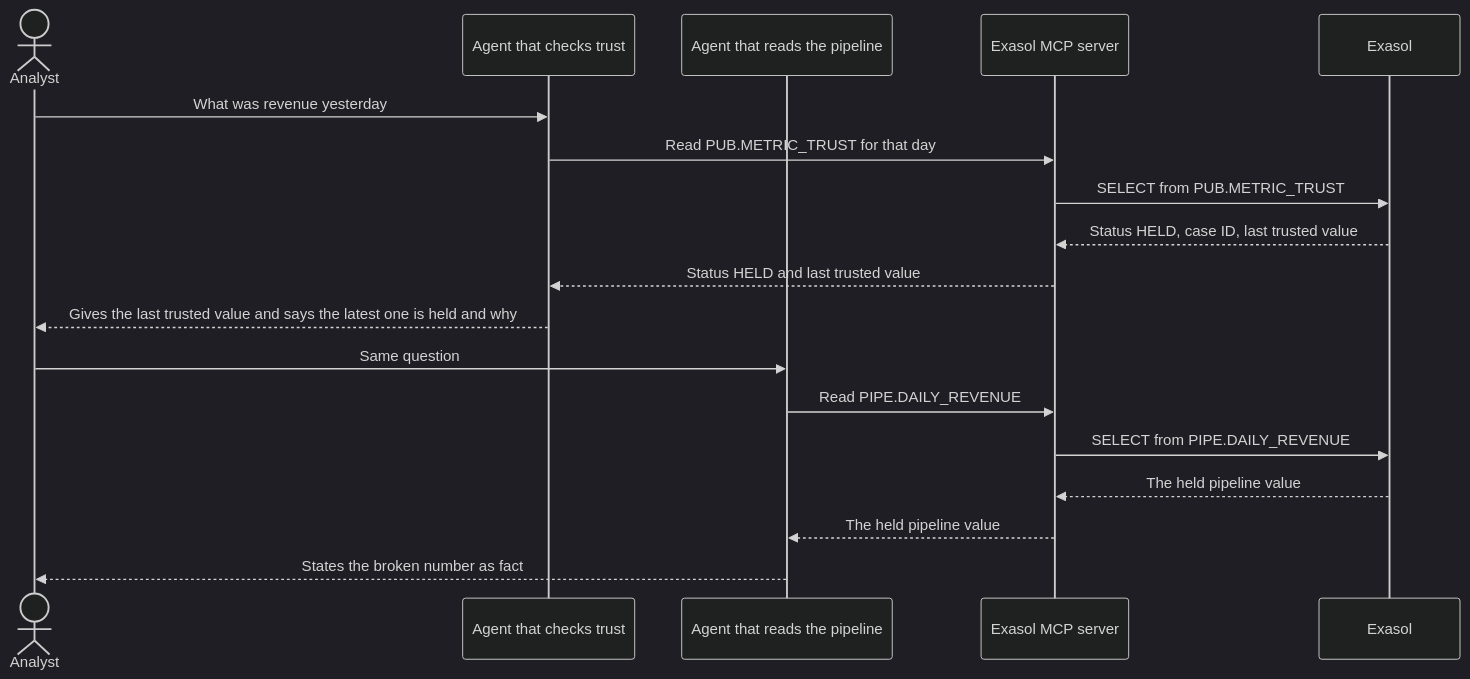
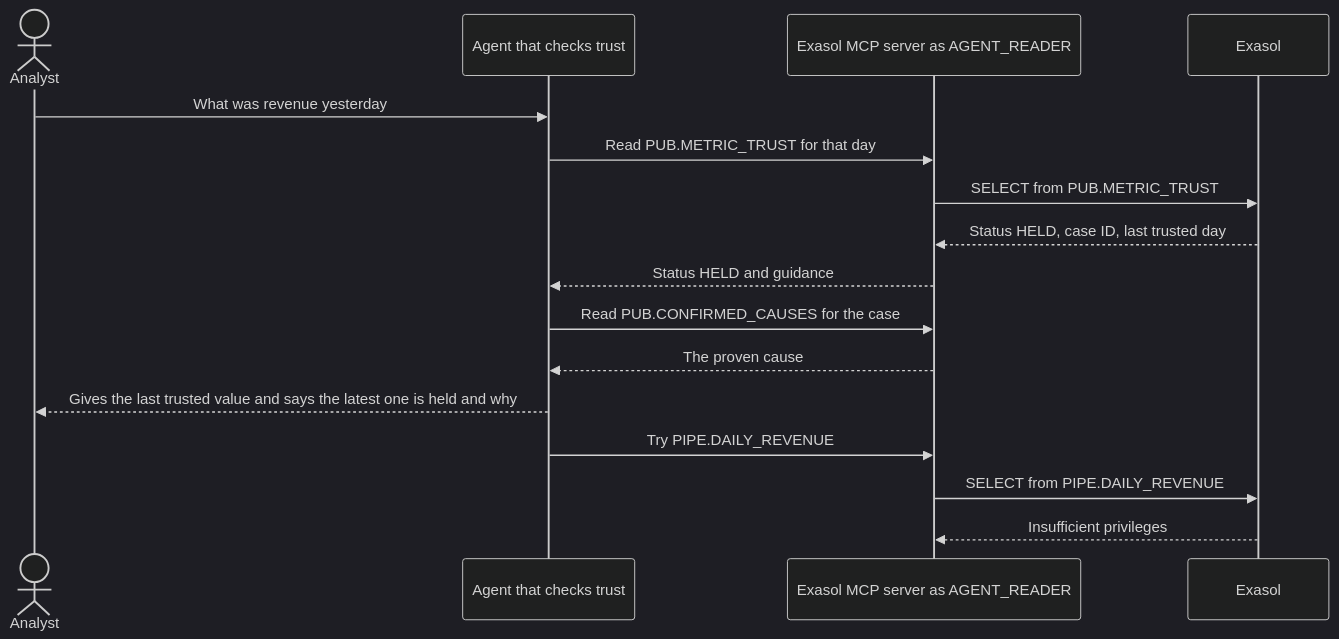
The fourth of 5 diagrams in README.md (AakashMutum/receipts), drawn with Mermaid (dark theme) before and after one commit. The commit also changed other lines of this file and 10 other files, not shown here.

````diff
--- a/README.md
+++ b/README.md
@@ -219,20 +299,18 @@
 ```mermaid
 sequenceDiagram
     actor U as Analyst
     participant T as Agent that checks trust
-    participant N as Agent that reads the pipeline
-    participant M as Exasol MCP server
+    participant M as Exasol MCP server as AGENT_READER
     participant X as Exasol
     U->>T: What was revenue yesterday
     T->>M: Read PUB.METRIC_TRUST for that day
     M->>X: SELECT from PUB.METRIC_TRUST
-    X-->>M: Status HELD, case ID, last trusted value
-    M-->>T: Status HELD and last trusted value
+    X-->>M: Status HELD, case ID, last trusted day
+    M-->>T: Status HELD and guidance
+    T->>M: Read PUB.CONFIRMED_CAUSES for the case
+    M-->>T: The proven cause
     T-->>U: Gives the last trusted value and says the latest one is held and why
-    U->>N: Same question
-    N->>M: Read PIPE.DAILY_REVENUE
+    T->>M: Try PIPE.DAILY_REVENUE
     M->>X: SELECT from PIPE.DAILY_REVENUE
-    X-->>M: The held pipeline value
-    M-->>N: The held pipeline value
-    N-->>U: States the broken number as fact
+    X-->>M: Insufficient privileges
 ```
````
